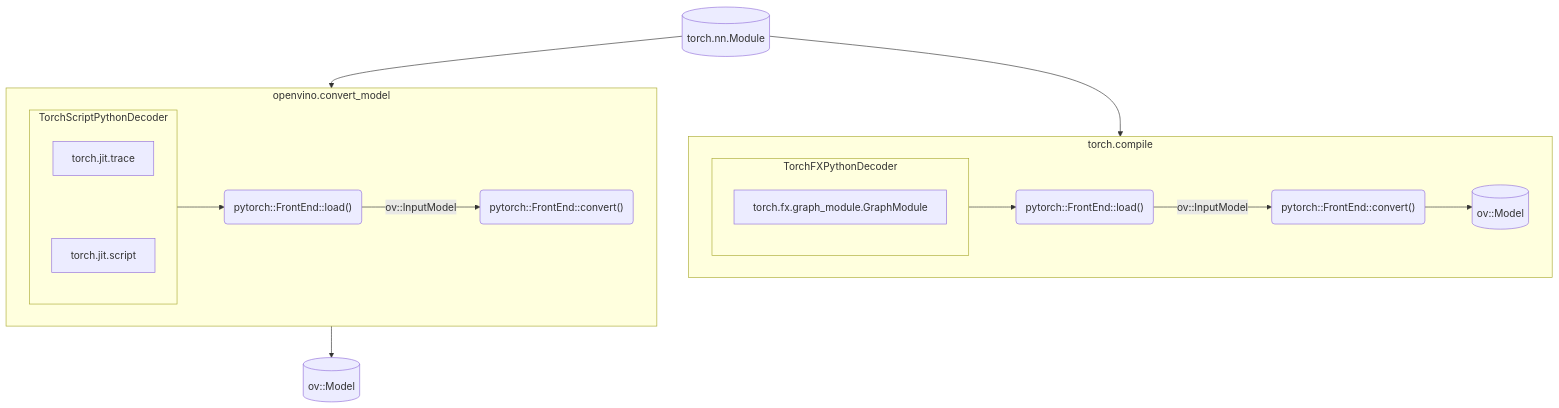
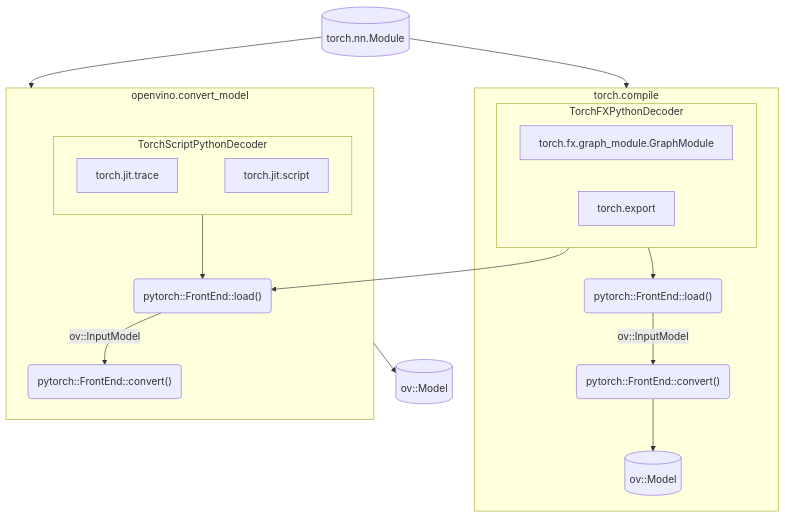
The diagram in src/frontends/pytorch/README.md (openvinotoolkit/openvino), drawn with Mermaid before and after one commit. The commit also changed other lines of this file and 9 other files, not shown here.

First line of the commit message:
[PyTorch] Default convert_model to torch.export

````diff
--- a/src/frontends/pytorch/README.md
+++ b/src/frontends/pytorch/README.md
@@ -30,21 +31,25 @@
 ```mermaid
 flowchart TD
     A[(torch.nn.Module)] --> torch.compile
     subgraph torch.compile
         subgraph TorchFXPythonDecoder
             torch.fx.graph_module.GraphModule
         end
         TorchFXPythonDecoder --> E("pytorch::FrontEnd::load()")
         E -->|ov::InputModel| F("pytorch::FrontEnd::convert()")
         F --> G[(ov::Model)]
     end
     A[(torch.nn.Module)] --> openvino.convert_model
     subgraph openvino.convert_model
+        subgraph TorchFXPythonDecoder
+            torch.export
+        end
         subgraph TorchScriptPythonDecoder
             torch.jit.trace ~~~ torch.jit.script
         end
+        TorchFXPythonDecoder --> B
         TorchScriptPythonDecoder --> B("pytorch::FrontEnd::load()")
         B -->|ov::InputModel| C("pytorch::FrontEnd::convert()")
     end
     openvino.convert_model --> D[(ov::Model)]
 ```
````
